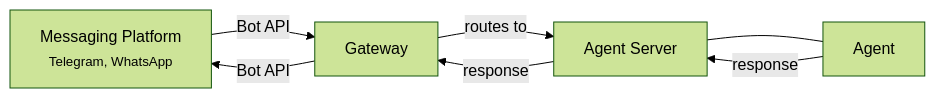
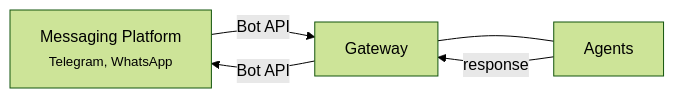
One commit to volumegambit/Dash changed the diagram in docs/messaging-apps.mdx. Above: the diagram before and after it, drawn with Mermaid (forest theme). The commit also changed other lines of this file and 16 other files, not shown here.

First line of the commit message:
docs: update Mintlify docs to match current architecture

````diff
--- a/docs/messaging-apps.mdx
+++ b/docs/messaging-apps.mdx
@@ -12,9 +12,7 @@
 ```mermaid
 graph LR
     P["Messaging Platform<br/><small>Telegram, WhatsApp</small>"] -->|Bot API| GW["Gateway"]
-    GW -->|routes to| AS["Agent Server"]
-    AS --- A["Agent"]
-    A -->|response| AS
-    AS -->|response| GW
+    GW --- A["Agents"]
+    A -->|response| GW
     GW -->|Bot API| P
 ```
````
